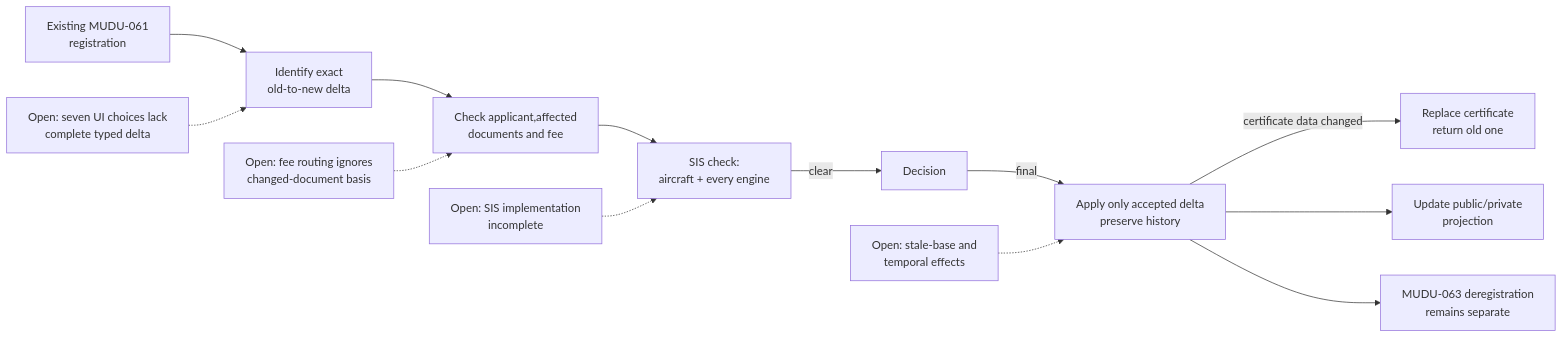
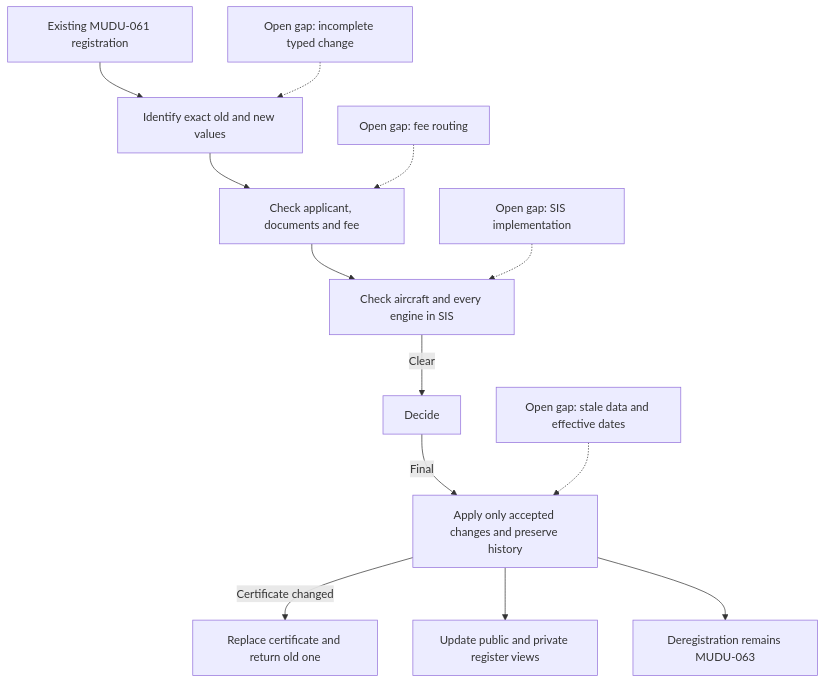
One commit to fixerivan/mudu-process-definition-standard changed the diagram in examples/MUDU-062/graph.md. Above: the diagram before and after it, drawn with Mermaid. The commit also changed 8 other files, not shown here.

Commit message:
fix visual graphs and generalize LLM skill

````diff
--- a/examples/MUDU-062/graph.md
+++ b/examples/MUDU-062/graph.md
@@ -5,16 +5,15 @@
 ```mermaid
-flowchart LR
-    A[Existing MUDU-061<br/>registration] --> B[Identify exact<br/>old-to-new delta]
-    B --> C[Check applicant,affected<br/>documents and fee]
-    C --> D[SIS check:<br/>aircraft + every engine]
-    D -->|clear| E[Decision]
-    E -->|final| F[Apply only accepted delta<br/>preserve history]
-    F -->|certificate data changed| G[Replace certificate<br/>return old one]
-    F --> H[Update public/private<br/>projection]
-    F --> I[MUDU-063 deregistration<br/>remains separate]
-
-    G1[Open: seven UI choices lack<br/>complete typed delta] -.-> B
-    G2[Open: fee routing ignores<br/>changed-document basis] -.-> C
-    G3[Open: SIS implementation<br/>incomplete] -.-> D
-    G4[Open: stale-base and<br/>temporal effects] -.-> F
+graph TD
+    A["Existing MUDU-061 registration"] --> B["Identify exact old and new values"]
+    B --> C["Check applicant, documents and fee"]
+    C --> D["Check aircraft and every engine in SIS"]
+    D -->|Clear| E["Decide"]
+    E -->|Final| F["Apply only accepted changes and preserve history"]
+    F -->|Certificate changed| G["Replace certificate and return old one"]
+    F --> H["Update public and private register views"]
+    F --> I["Deregistration remains MUDU-063"]
+    G1["Open gap: incomplete typed change"] -.-> B
+    G2["Open gap: fee routing"] -.-> C
+    G3["Open gap: SIS implementation"] -.-> D
+    G4["Open gap: stale data and effective dates"] -.-> F
 ```
````
